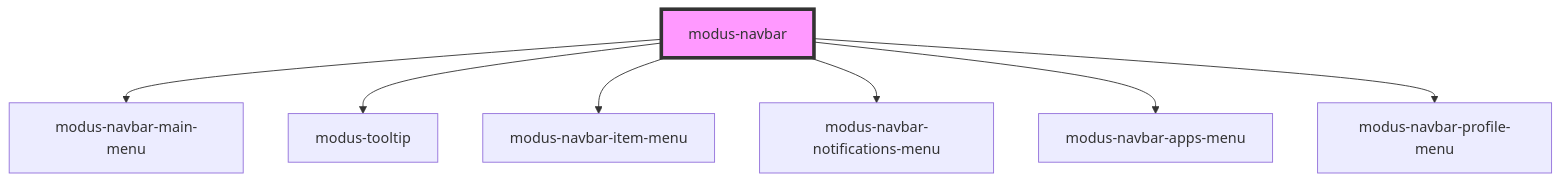
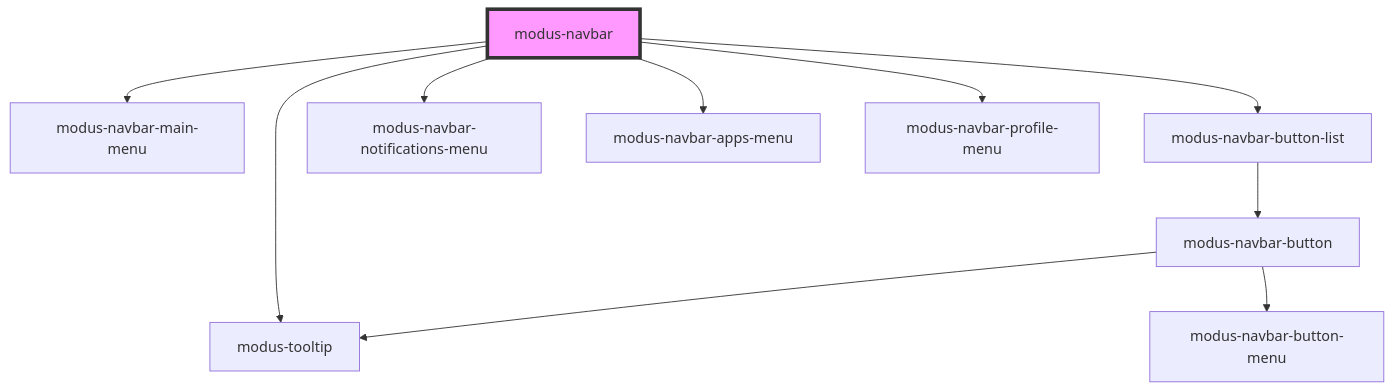
The diagram in stencil-workspace/src/components/modus-navbar/readme.md (Sanket8793/modus-web-components), drawn with Mermaid before and after one commit. The commit also changed other lines of this file and 18 other files, not shown here.

````diff
--- a/stencil-workspace/src/components/modus-navbar/readme.md
+++ b/stencil-workspace/src/components/modus-navbar/readme.md
@@ -77,10 +76,13 @@
 ```mermaid
 graph TD;
   modus-navbar --> modus-navbar-main-menu
   modus-navbar --> modus-tooltip
-  modus-navbar --> modus-navbar-item-menu
+  modus-navbar --> modus-navbar-button-list
   modus-navbar --> modus-navbar-notifications-menu
   modus-navbar --> modus-navbar-apps-menu
   modus-navbar --> modus-navbar-profile-menu
+  modus-navbar-button-list --> modus-navbar-button
+  modus-navbar-button --> modus-tooltip
+  modus-navbar-button --> modus-navbar-button-menu
   style modus-navbar fill:#f9f,stroke:#333,stroke-width:4px
 ```
````
